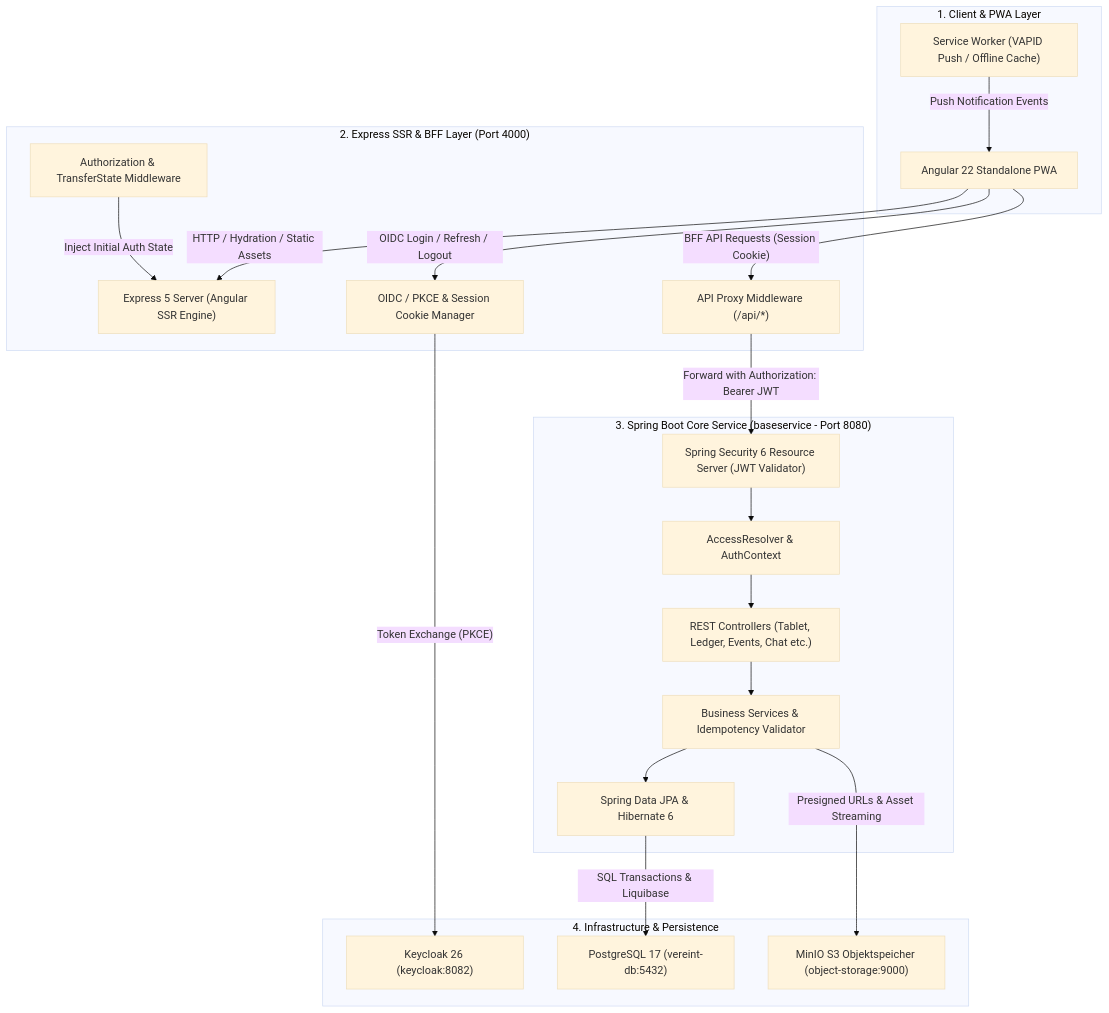
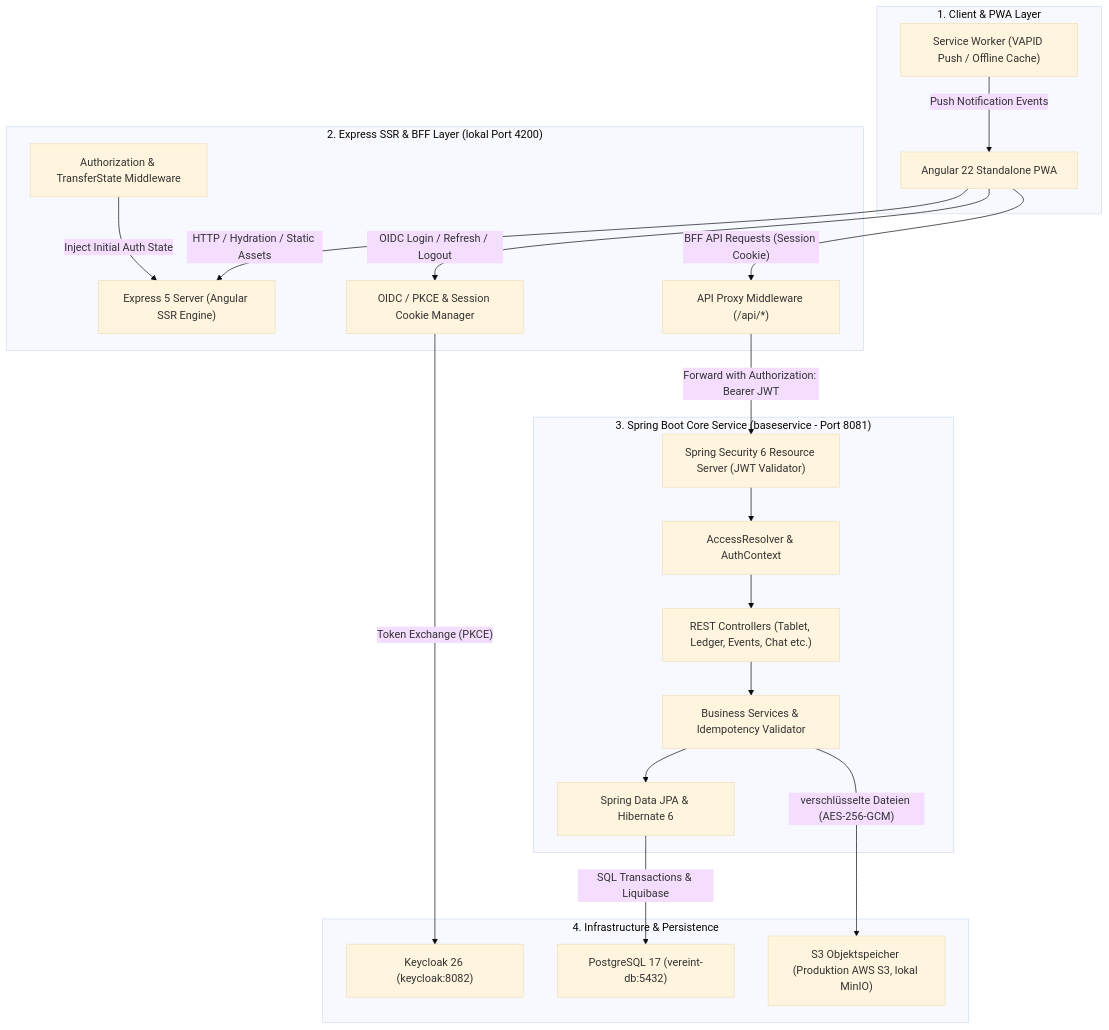
Before and after one commit to damaurer/vereint: the first of 2 diagrams in docs/architecture/system-overview.md, drawn with Mermaid (base theme). The commit also changed other lines of this file and 32 other files, not shown here.

````diff
--- a/docs/architecture/system-overview.md
+++ b/docs/architecture/system-overview.md
@@ -11,44 +11,44 @@
 ```mermaid
 graph TD
     subgraph ClientLayer ["1. Client & PWA Layer"]
         Browser["Angular 22 Standalone PWA"]
         SW["Service Worker (VAPID Push / Offline Cache)"]
     end
 
-    subgraph BFFLayer ["2. Express SSR & BFF Layer (Port 4000)"]
+    subgraph BFFLayer ["2. Express SSR & BFF Layer (lokal Port 4200)"]
         SSR["Express 5 Server (Angular SSR Engine)"]
         AuthBFF["OIDC / PKCE & Session Cookie Manager"]
         DeliveryMW["Authorization & TransferState Middleware"]
         ApiProxy["API Proxy Middleware (/api/*)"]
     end
 
-    subgraph BackendLayer ["3. Spring Boot Core Service (baseservice - Port 8080)"]
+    subgraph BackendLayer ["3. Spring Boot Core Service (baseservice - Port 8081)"]
         SecFilter["Spring Security 6 Resource Server (JWT Validator)"]
         AccessCtrl["AccessResolver & AuthContext"]
         Controllers["REST Controllers (Tablet, Ledger, Events, Chat etc.)"]
         Services["Business Services & Idempotency Validator"]
         DataLayer["Spring Data JPA & Hibernate 6"]
     end
 
     subgraph InfraLayer ["4. Infrastructure & Persistence"]
         PG["PostgreSQL 17 (vereint-db:5432)"]
         KC["Keycloak 26 (keycloak:8082)"]
-        S3["MinIO S3 Objektspeicher (object-storage:9000)"]
+        S3["S3 Objektspeicher (Produktion AWS S3, lokal MinIO)"]
     end
 
     Browser -->|HTTP / Hydration / Static Assets| SSR
     Browser -->|OIDC Login / Refresh / Logout| AuthBFF
     Browser -->|"BFF API Requests (Session Cookie)"| ApiProxy
     SW -->|Push Notification Events| Browser
 
     AuthBFF -->|"Token Exchange (PKCE)"| KC
     DeliveryMW -->|Inject Initial Auth State| SSR
     ApiProxy -->|Forward with Authorization: Bearer JWT| SecFilter
 
     SecFilter --> AccessCtrl
     AccessCtrl --> Controllers
     Controllers --> Services
     Services --> DataLayer
     DataLayer -->|SQL Transactions & Liquibase| PG
-    Services -->|Presigned URLs & Asset Streaming| S3
+    Services -->|"verschlüsselte Dateien (AES-256-GCM)"| S3
 ```
````
